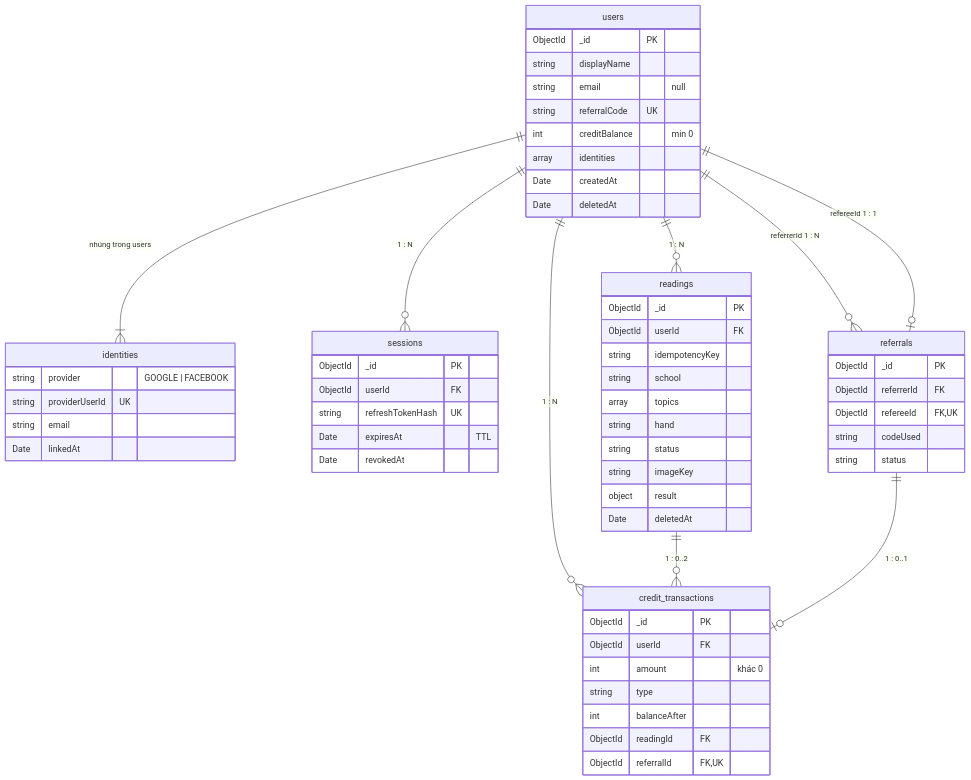
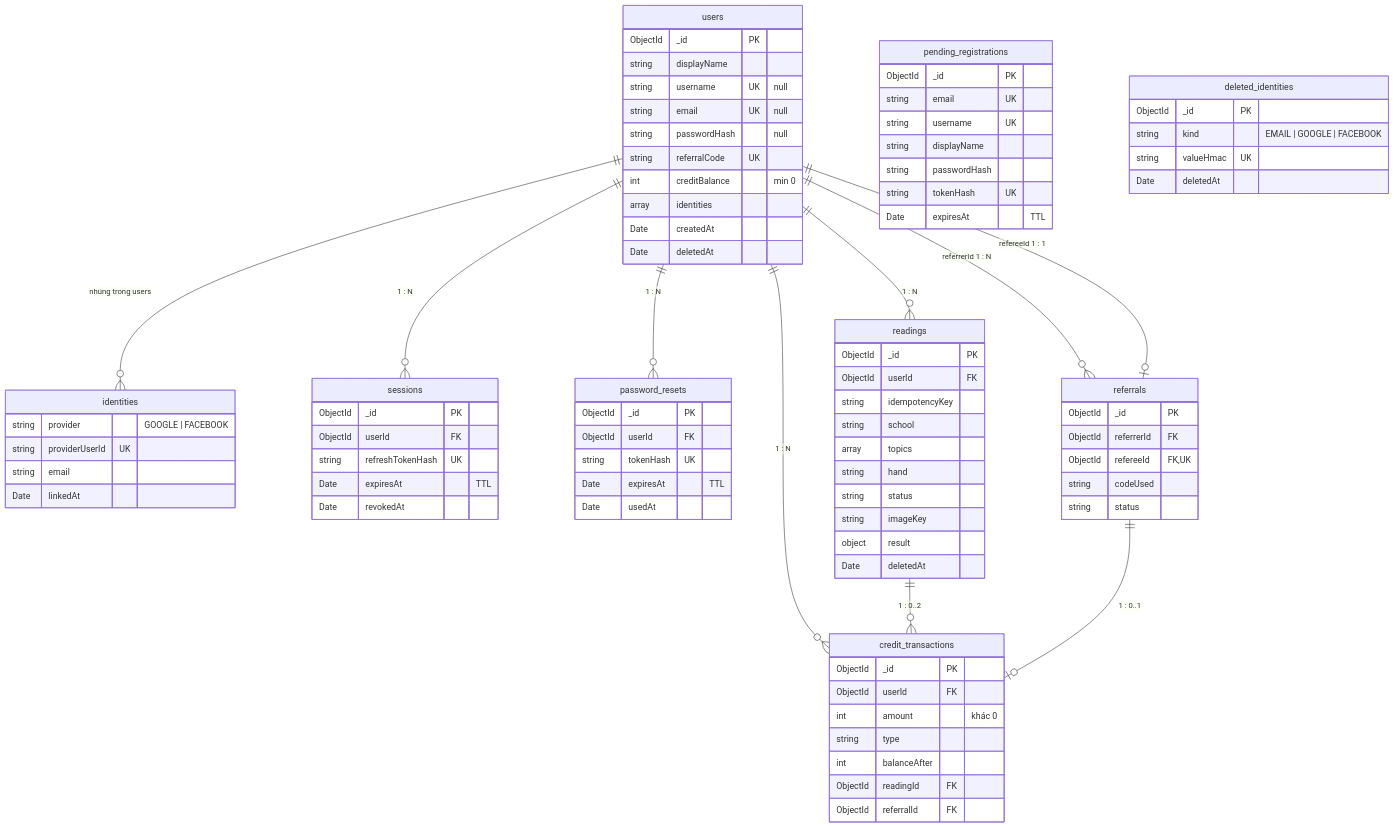
One commit to DucDMinh/PalmSight changed the diagram in docs/database-erd.md. Above: the diagram before and after it, drawn with Mermaid. The commit also changed other lines of this file and 20 other files, not shown here.

First line of the commit message:
feat: Implement email/password registration and login flow, with Google/Facebook as secondary options

````diff
--- a/docs/database-erd.md
+++ b/docs/database-erd.md
@@ -9,7 +9,8 @@
 ```mermaid
 erDiagram
-    users ||--|{ identities : "nhúng trong users"
+    users ||--o{ identities : "nhúng trong users"
     users ||--o{ sessions : "1 : N"
+    users ||--o{ password_resets : "1 : N"
     users ||--o{ referrals : "referrerId 1 : N"
     users ||--o| referrals : "refereeId 1 : 1"
     users ||--o{ readings : "1 : N"
@@ -20,12 +21,30 @@
     users {
         ObjectId _id PK
         string displayName
-        string email "null"
+        string username UK "null"
+        string email UK "null"
+        string passwordHash "null"
         string referralCode UK
         int creditBalance "min 0"
         array identities
         Date createdAt
         Date deletedAt
+    }
+    pending_registrations {
+        ObjectId _id PK
+        string email UK
+        string username UK
+        string displayName
+        string passwordHash
+        string tokenHash UK
+        Date expiresAt "TTL"
+    }
+    password_resets {
+        ObjectId _id PK
+        ObjectId userId FK
+        string tokenHash UK
+        Date expiresAt "TTL"
+        Date usedAt
     }
     identities {
         string provider "GOOGLE | FACEBOOK"
@@ -66,6 +85,12 @@
         string type
         int balanceAfter
         ObjectId readingId FK
-        ObjectId referralId FK, UK
+        ObjectId referralId FK
+    }
+    deleted_identities {
+        ObjectId _id PK
+        string kind "EMAIL | GOOGLE | FACEBOOK"
+        string valueHmac UK
+        Date deletedAt
     }
 ```
````
